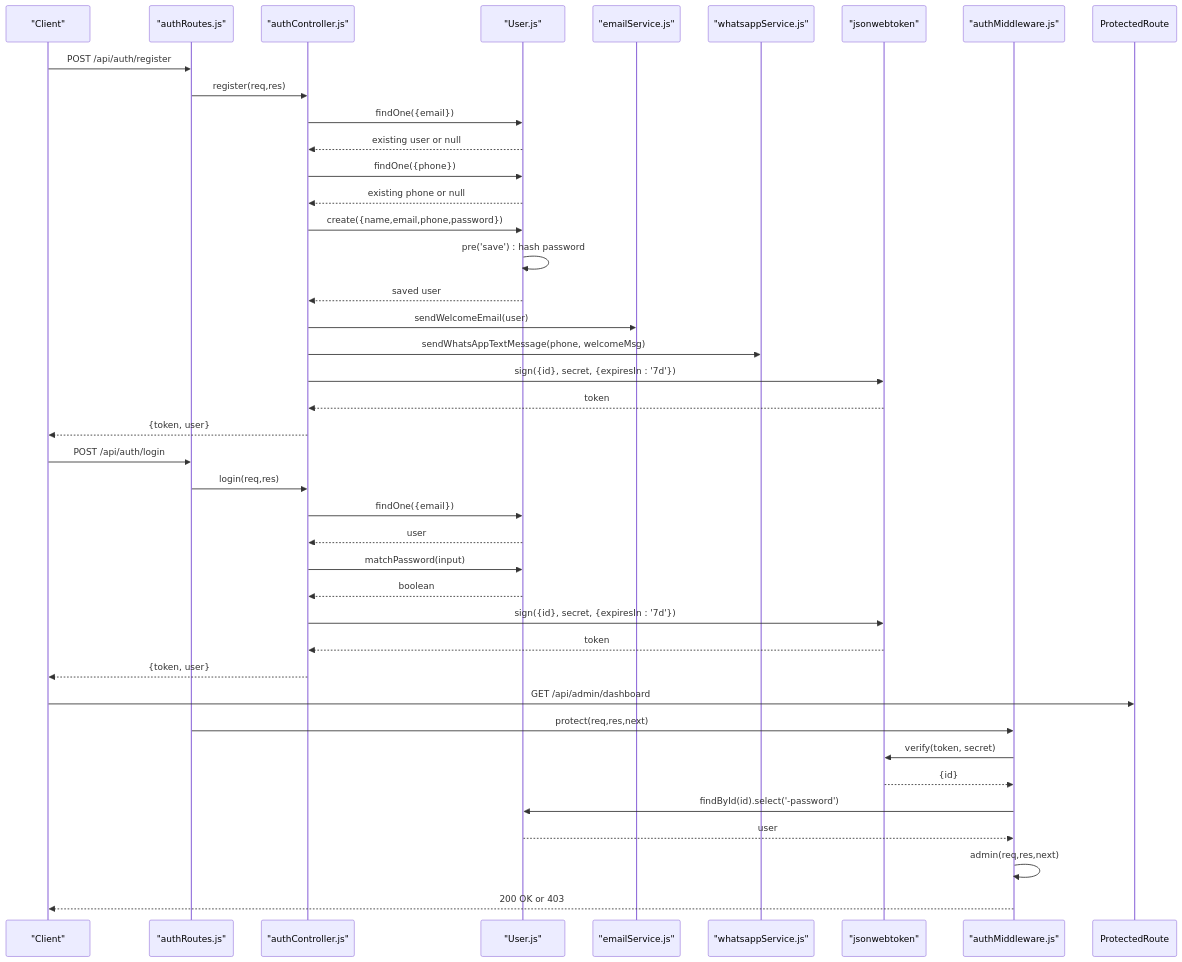
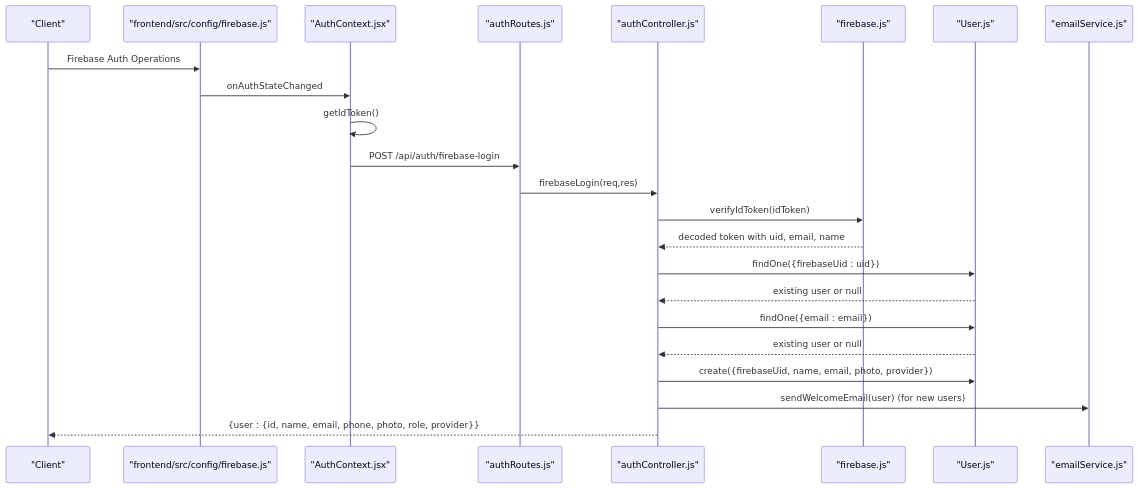
Before and after one commit to Pavan-PSPK9032/TrendsandToss: the second of 5 diagrams in .qoder/repowiki/en/content/Database Schemas & Models/User Model.md, drawn with Mermaid. The commit also changed other lines of this file and 9 other files, not shown here.

````diff
--- a/.qoder/repowiki/en/content/Database Schemas & Models/User Model.md
+++ b/.qoder/repowiki/en/content/Database Schemas & Models/User Model.md
@@ -128,42 +147,25 @@
 ```mermaid
 sequenceDiagram
 participant Client as "Client"
+participant FirebaseSDK as "frontend/src/config/firebase.js"
+participant AuthContext as "AuthContext.jsx"
 participant Router as "authRoutes.js"
 participant Ctrl as "authController.js"
+participant FirebaseAdmin as "firebase.js"
 participant Model as "User.js"
 participant EmailSvc as "emailService.js"
-participant WhatsAppSvc as "whatsappService.js"
-participant JWT as "jsonwebtoken"
-participant MW as "authMiddleware.js"
-Client->>Router : POST /api/auth/register
-Router->>Ctrl : register(req,res)
-Ctrl->>Model : findOne({email})
+Client->>FirebaseSDK : Firebase Auth Operations
+FirebaseSDK->>AuthContext : onAuthStateChanged
+AuthContext->>AuthContext : getIdToken()
+AuthContext->>Router : POST /api/auth/firebase-login
+Router->>Ctrl : firebaseLogin(req,res)
+Ctrl->>FirebaseAdmin : verifyIdToken(idToken)
+FirebaseAdmin-->>Ctrl : decoded token with uid, email, name
+Ctrl->>Model : findOne({firebaseUid : uid})
 Model-->>Ctrl : existing user or null
-Ctrl->>Model : findOne({phone})
-Model-->>Ctrl : existing phone or null
-Ctrl->>Model : create({name,email,phone,password})
-Model->>Model : pre('save') : hash password
-Model-->>Ctrl : saved user
-Ctrl->>EmailSvc : sendWelcomeEmail(user)
-Ctrl->>WhatsAppSvc : sendWhatsAppTextMessage(phone, welcomeMsg)
-Ctrl->>JWT : sign({id}, secret, {expiresIn : '7d'})
-JWT-->>Ctrl : token
-Ctrl-->>Client : {token, user}
-Client->>Router : POST /api/auth/login
-Router->>Ctrl : login(req,res)
-Ctrl->>Model : findOne({email})
-Model-->>Ctrl : user
-Ctrl->>Model : matchPassword(input)
-Model-->>Ctrl : boolean
-Ctrl->>JWT : sign({id}, secret, {expiresIn : '7d'})
-JWT-->>Ctrl : token
-Ctrl-->>Client : {token, user}
-Client->>ProtectedRoute : GET /api/admin/dashboard
-Router->>MW : protect(req,res,next)
-MW->>JWT : verify(token, secret)
-JWT-->>MW : {id}
-MW->>Model : findById(id).select('-password')
-Model-->>MW : user
-MW->>MW : admin(req,res,next)
-MW-->>Client : 200 OK or 403
+Ctrl->>Model : findOne({email : email})
+Model-->>Ctrl : existing user or null
+Ctrl->>Model : create({firebaseUid, name, email, photo, provider})
+Ctrl->>EmailSvc : sendWelcomeEmail(user) (for new users)
+Ctrl-->>Client : {user : {id, name, email, phone, photo, role, provider}}
 ```
````
